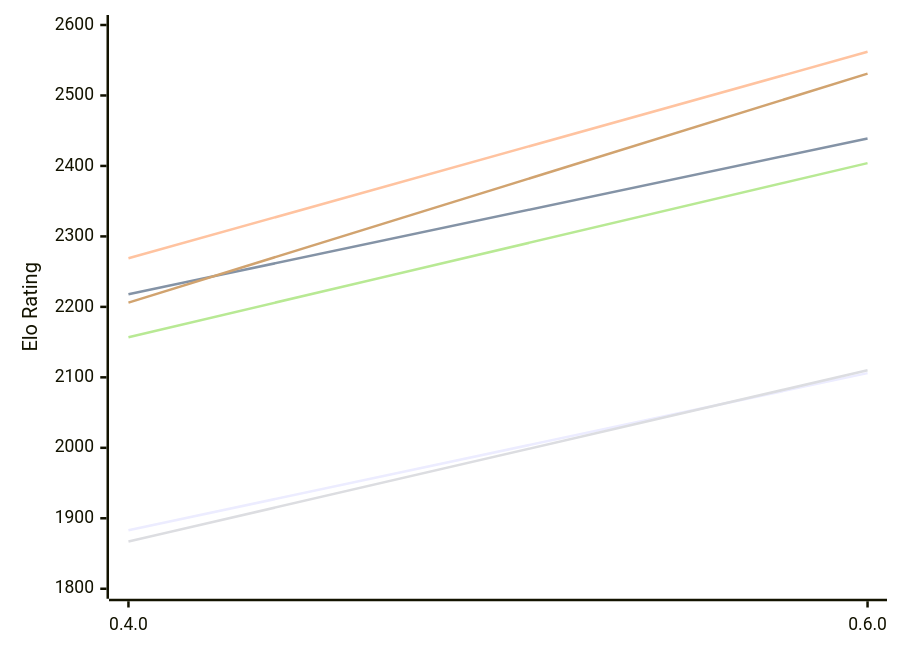
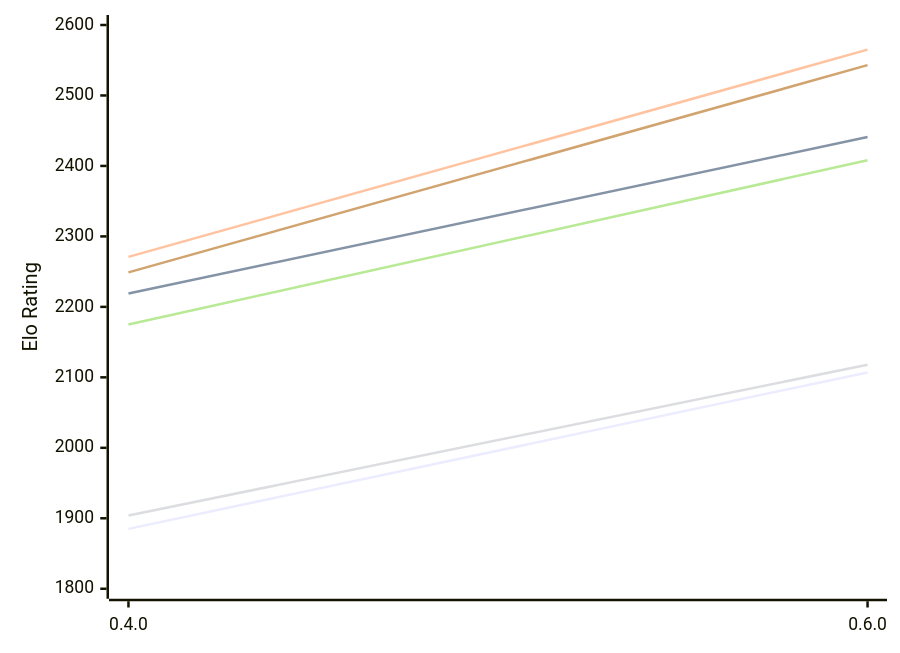
One commit to computer-chess-index/cci changed the first of 2 diagrams in engines/Ariadne.md. Above: the diagram before and after it, drawn with Mermaid. The commit also changed other lines of this file, not shown here.

Commit message:
Update CCI Ratings (ELO VLTC) - 2026-11-25

````diff
--- a/engines/Ariadne.md
+++ b/engines/Ariadne.md
@@ -50,12 +50,12 @@
 ```mermaid
 %%{init: {"theme":"base","themeVariables":{"seriesColors:['#a3a3a3','#222221','#faa371']}}}%%
 xychart-beta
   x-axis ["0.4.0", "0.6.0"]
   y-axis "Elo Rating" 1800 --> 2600
-  line "E1: STC (8.0+0.08s)" [1883, 2106]
-  line "E1: LTC (60.0+0.60s)" [2218, 2439]
-  line "E1: VLTC (2m24s+1.12s)" [2269, 2562]
-  line "P1: STC (8.0+0.08s)" [1867, 2110]
-  line "P1: LTC (60.0+0.60s)" [2157, 2404]
-  line "P1: VLTC (2m24s+1.12s)" [2206, 2531]
+  line "E1: STC (8.0+0.08s)" [1885, 2107]
+  line "E1: LTC (60.0+0.60s)" [2219, 2441]
+  line "E1: VLTC (2m24s+1.12s)" [2271, 2565]
+  line "P1: STC (8.0+0.08s)" [1904, 2118]
+  line "P1: LTC (60.0+0.60s)" [2175, 2408]
+  line "P1: VLTC (2m24s+1.12s)" [2249, 2543]
 ```
````
